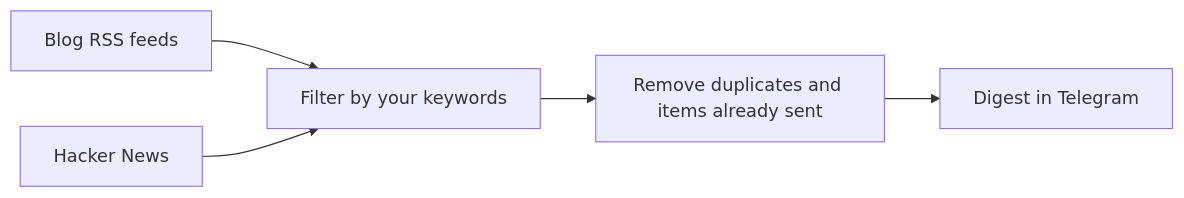
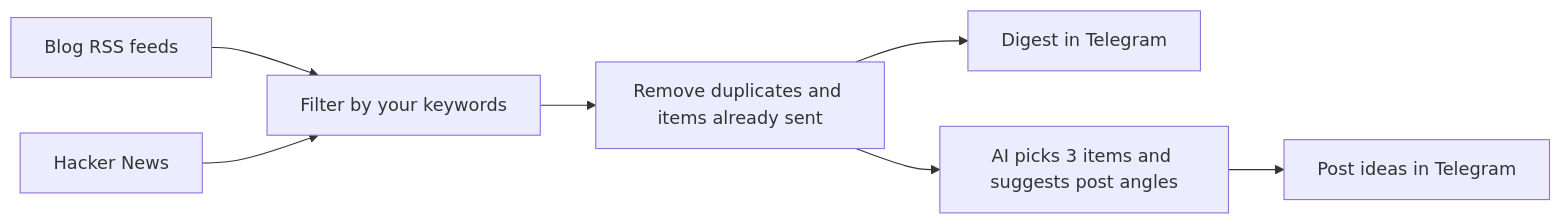
Before and after one commit to lizavasylenko/trend-radar: the diagram in README.md, drawn with Mermaid. The commit also changed other lines of this file and 4 other files, not shown here.

````diff
--- a/README.md
+++ b/README.md
@@ -7,7 +10,9 @@
 ```mermaid
 flowchart LR
     A[Blog RSS feeds] --> C[Filter by your keywords]
     B[Hacker News] --> C
     C --> D[Remove duplicates and items already sent]
     D --> E[Digest in Telegram]
+    D --> F[AI picks 3 items and suggests post angles]
+    F --> G[Post ideas in Telegram]
 ```
````
